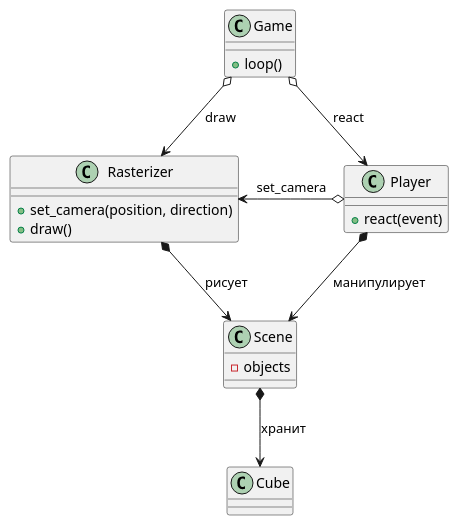
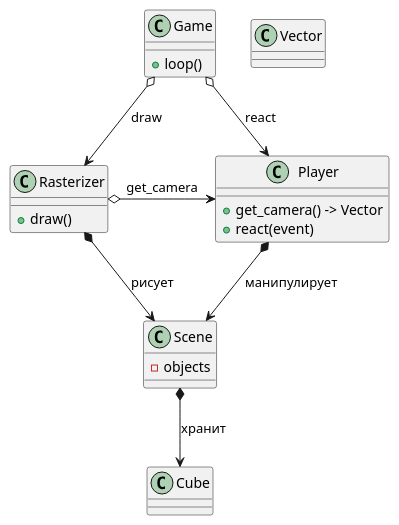
Before and after one commit to Zuev-534/Vfqyrhfan: the diagram in diagram.puml, drawn with PlantUML. The commit also changed 5 other files, not shown here.

Commit message:
Рефактор взаимодействия Vector с Player 1. Добавил правку в диаграмму. Теперь Player возвращает Vector камеры с помощью get_camera. 2. Переписал скорость и ускорение игрока с помощью pygame.Vector3. 3. Добавил типизацию методов у Vector

```diff
--- a/diagram.puml
+++ b/diagram.puml
@@ -1,31 +1,34 @@
 @startuml
 'https://plantuml.com/class-diagram
 
 class Rasterizer {
-    + set_camera(position, direction)
     + draw()
 }
 
 class Game {
     + loop()
 }
 
 class Scene {
     - objects
 }
 
 class Player {
+    + get_camera() -> Vector
     + react(event)
+}
+
+class Vector {
 }
 
 class Cube {
 }
 
 Game o--> Player : react
 Game o--> Rasterizer : draw
-Rasterizer <-o Player : set_camera
+Rasterizer o-> Player : get_camera
 Rasterizer *--> Scene : рисует
 Player *--> Scene : манипулирует
 Scene *--> Cube : хранит
 
 @enduml
```
